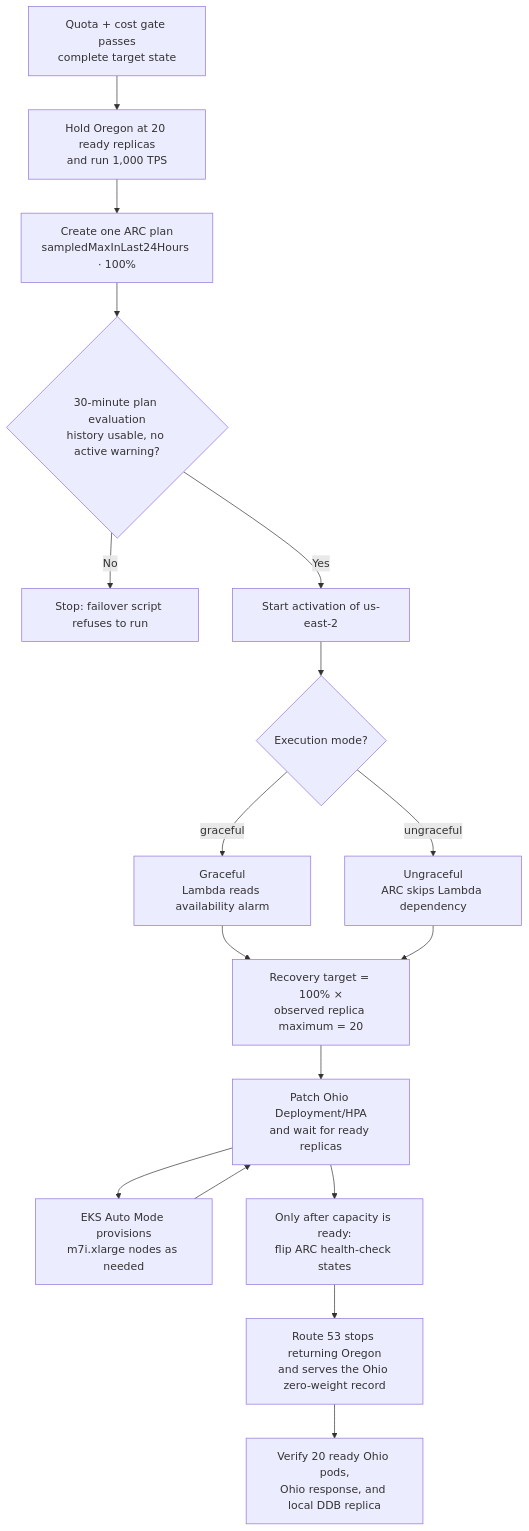
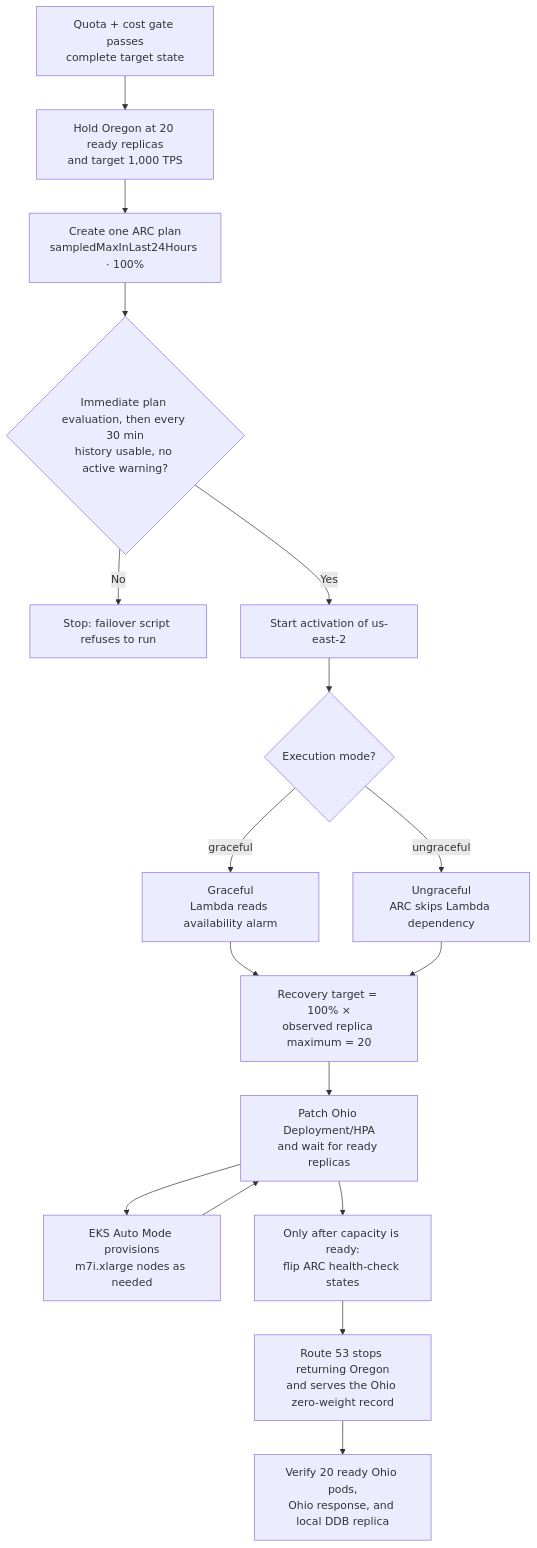
One commit to bhattchaitanya/aws-arc-eks-observed-capacity-failover changed the diagram in diagrams/execution-flow.mmd. Above: the diagram before and after it, drawn with Mermaid. The commit also changed 22 other files, not shown here.

```diff
--- a/diagrams/execution-flow.mmd
+++ b/diagrams/execution-flow.mmd
@@ -1,24 +1,24 @@
 flowchart TD
   Q["Quota + cost gate passes<br/>complete target state"]
-  A["Hold Oregon at 20 ready replicas<br/>and run 1,000 TPS"]
+  A["Hold Oregon at 20 ready replicas<br/>and target 1,000 TPS"]
   B["Create one ARC plan<br/>sampledMaxInLast24Hours · 100%"]
-  C{"30-minute plan evaluation<br/>history usable, no active warning?"}
+  C{"Immediate plan evaluation, then every 30 min<br/>history usable, no active warning?"}
   D["Stop: failover script refuses to run"]
   E["Start activation of us-east-2"]
   F{"Execution mode?"}
   G["Graceful<br/>Lambda reads availability alarm"]
   H["Ungraceful<br/>ARC skips Lambda dependency"]
   I["Recovery target = 100% ×<br/>observed replica maximum = 20"]
   J["Patch Ohio Deployment/HPA<br/>and wait for ready replicas"]
   K["EKS Auto Mode provisions<br/>m7i.xlarge nodes as needed"]
   L["Only after capacity is ready:<br/>flip ARC health-check states"]
   M["Route 53 stops returning Oregon<br/>and serves the Ohio zero-weight record"]
   N["Verify 20 ready Ohio pods,<br/>Ohio response, and local DDB replica"]
 
   Q --> A --> B --> C
   C -- No --> D
   C -- Yes --> E --> F
   F -- graceful --> G --> I
   F -- ungraceful --> H --> I
   I --> J --> K --> J
   J --> L --> M --> N
```
